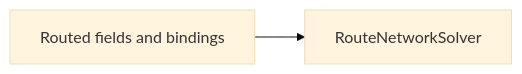
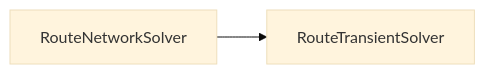
Before and after one commit to ShiboSoftwareDev/signal-integrity-pipeline: the first of 2 diagrams in README.md, drawn with Mermaid (base theme). The commit also changed other lines of this file and 17 other files, not shown here.

First line of the commit message:
feat: add RouteTransientSolver

````diff
--- a/README.md
+++ b/README.md
@@ -19,4 +20,4 @@
 ```mermaid
 flowchart LR
-  input["Routed fields and bindings"] --> result["RouteNetworkSolver"]
+  input["RouteNetworkSolver"] --> result["RouteTransientSolver"]
 ```
````
